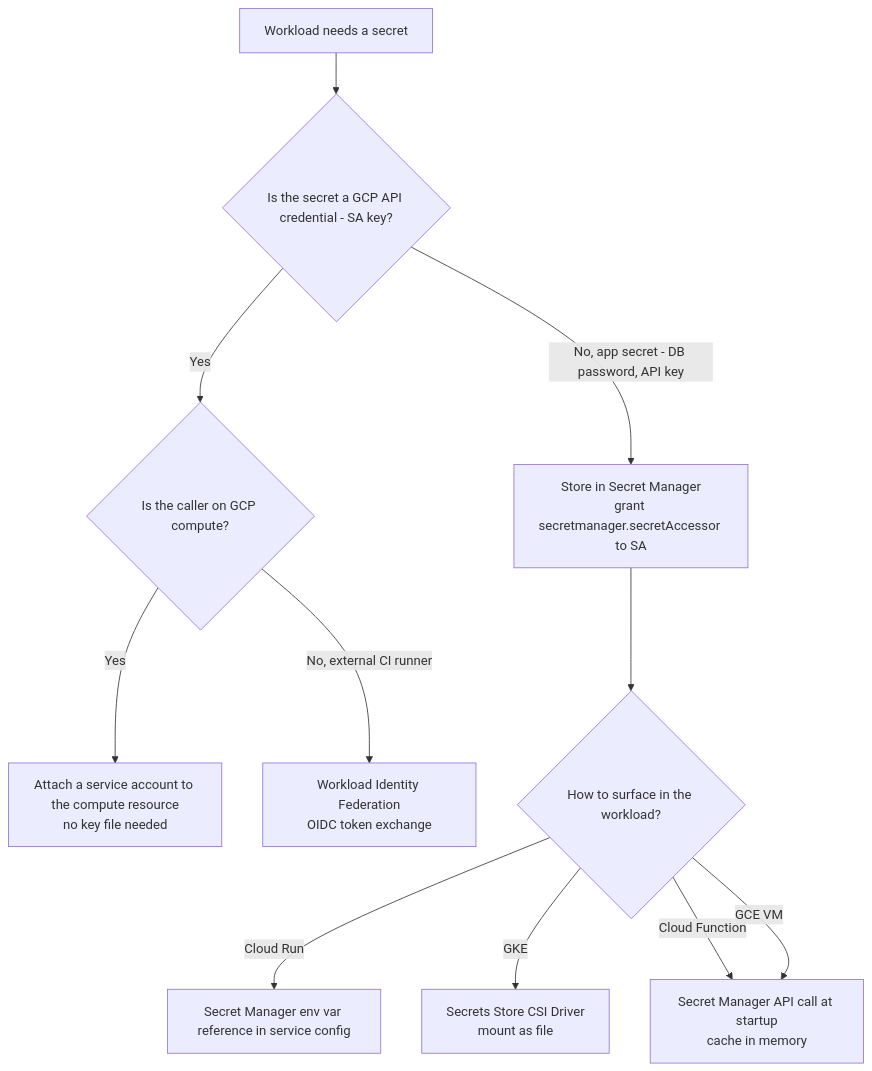
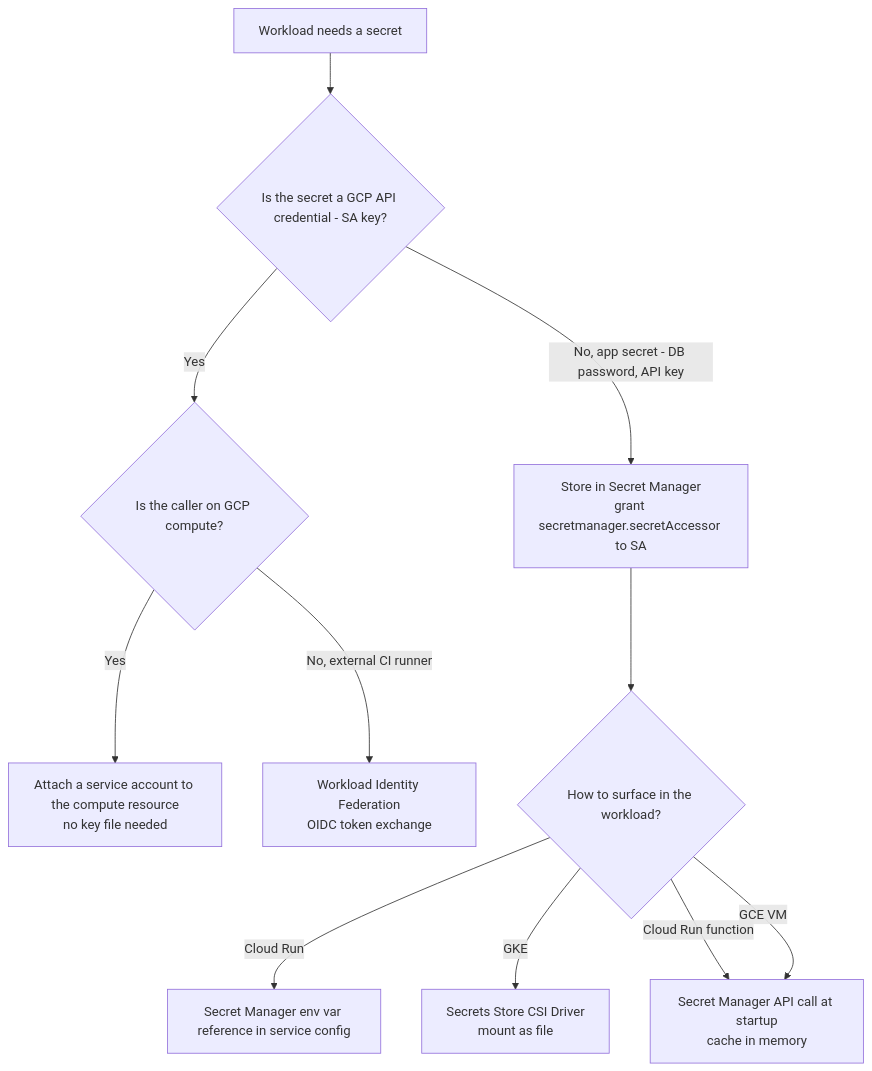
The sixth of 8 diagrams in plugins/gcp-cloud/knowledge/gcp-cloud-decision-trees.md (mcorbett51090/RavenClaude), drawn with Mermaid before and after one commit. The commit also changed other lines of this file and 28 other files, not shown here.

First line of the commit message:
fix(cloud-providers): App Runner retirement, Cloud Run functions rename, Azure retirement-date tense fixes (#1249)

````diff
--- a/plugins/gcp-cloud/knowledge/gcp-cloud-decision-trees.md
+++ b/plugins/gcp-cloud/knowledge/gcp-cloud-decision-trees.md
@@ -117,13 +117,13 @@
 ```mermaid
 flowchart TD
     START[Workload needs a secret] --> CLOUD{Is the secret a GCP API credential - SA key?}
     CLOUD -->|Yes| WIF{Is the caller on GCP compute?}
     WIF -->|Yes| MI[Attach a service account to the compute resource<br/>no key file needed]
     WIF -->|No, external CI runner| WIDF[Workload Identity Federation<br/>OIDC token exchange]
     CLOUD -->|No, app secret - DB password, API key| SM[Store in Secret Manager<br/>grant secretmanager.secretAccessor to SA]
     SM --> MOUNT{How to surface in the workload?}
     MOUNT -->|Cloud Run| ENV[Secret Manager env var reference in service config]
     MOUNT -->|GKE| CSI[Secrets Store CSI Driver<br/>mount as file]
-    MOUNT -->|Cloud Function| CODE[Secret Manager API call at startup<br/>cache in memory]
+    MOUNT -->|Cloud Run function| CODE[Secret Manager API call at startup<br/>cache in memory]
     MOUNT -->|GCE VM| CODE
 ```
````
